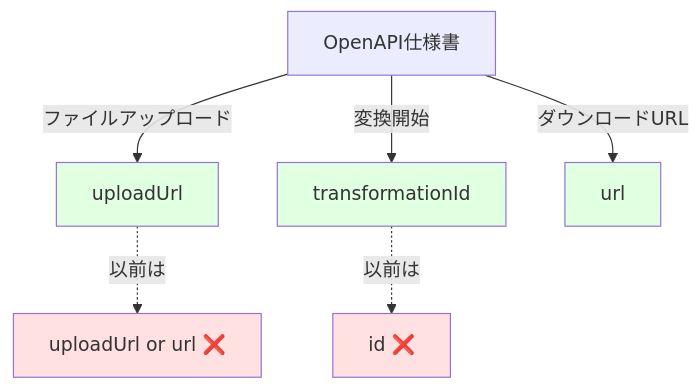
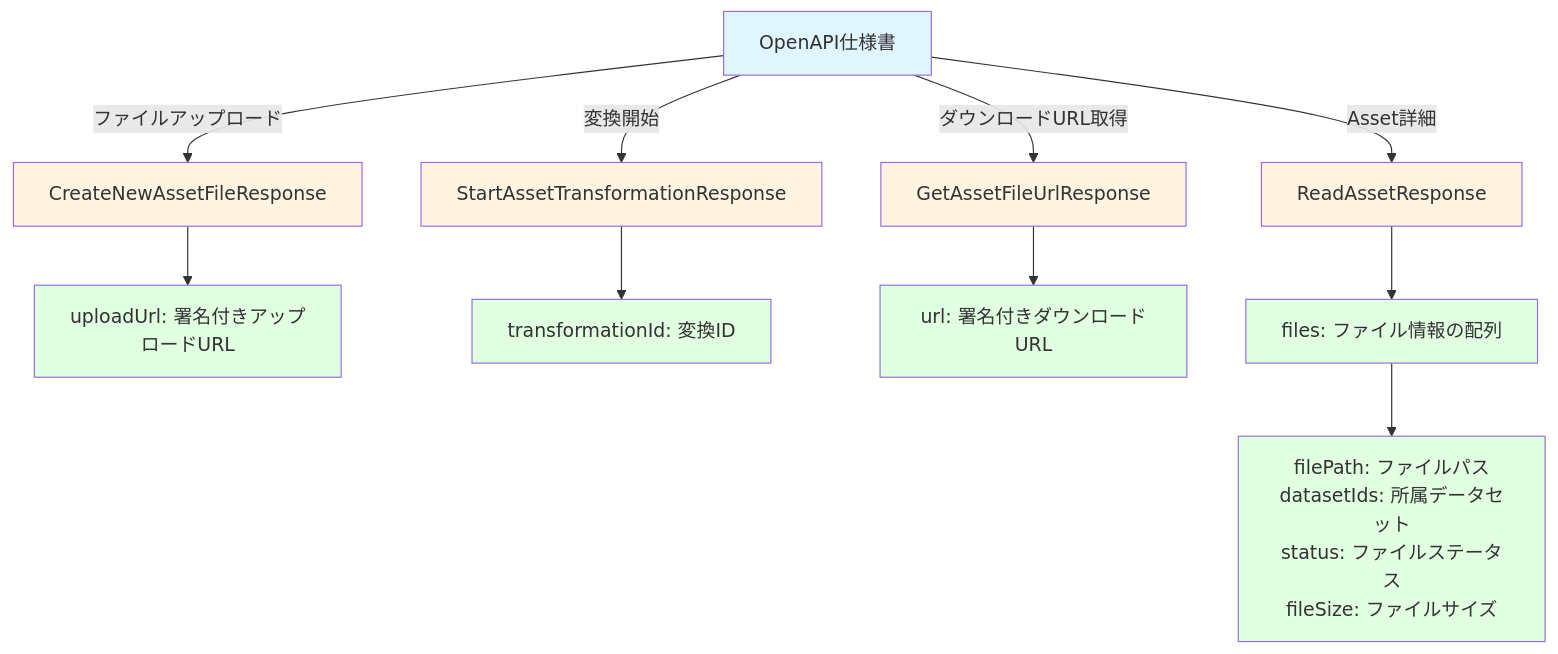
Before and after one commit to Fumiya-Hori-HL/UnityAssetGltfConverter: the ninth of 9 diagrams in doc/sequence_diagram.md, drawn with Mermaid. The commit also changed other lines of this file, not shown here.

First line of the commit message:
シーケンス図のOpenAPI準拠セクションを現在の実装ベースに修正

````diff
--- a/doc/sequence_diagram.md
+++ b/doc/sequence_diagram.md
@@ -294,15 +297,24 @@
 ```mermaid
 graph TD
-    A[OpenAPI仕様書] -->|ファイルアップロード| B["uploadUrl"]
-    A -->|変換開始| C["transformationId"]
-    A -->|ダウンロードURL| D["url"]
+    A[OpenAPI仕様書] -->|ファイルアップロード| B["CreateNewAssetFileResponse"]
+    A -->|変換開始| C["StartAssetTransformationResponse"]
+    A -->|ダウンロードURL取得| D["GetAssetFileUrlResponse"]
+    A -->|Asset詳細| E["ReadAssetResponse"]
 
-    B -.->|以前は| B2["uploadUrl or url ❌"]
-    C -.->|以前は| C2["id ❌"]
+    B --> B1["uploadUrl: 署名付きアップロードURL"]
+    C --> C1["transformationId: 変換ID"]
+    D --> D1["url: 署名付きダウンロードURL"]
+    E --> E1["files: ファイル情報の配列"]
+    E1 --> E2["filePath: ファイルパス<br/>datasetIds: 所属データセット<br/>status: ファイルステータス<br/>fileSize: ファイルサイズ"]
 
-    style B fill:#e1ffe1
-    style C fill:#e1ffe1
-    style D fill:#e1ffe1
-    style B2 fill:#ffe1e1
-    style C2 fill:#ffe1e1
+    style A fill:#e1f5ff
+    style B fill:#fff4e1
+    style C fill:#fff4e1
+    style D fill:#fff4e1
+    style E fill:#fff4e1
+    style B1 fill:#e1ffe1
+    style C1 fill:#e1ffe1
+    style D1 fill:#e1ffe1
+    style E1 fill:#e1ffe1
+    style E2 fill:#e1ffe1
 ```
````
